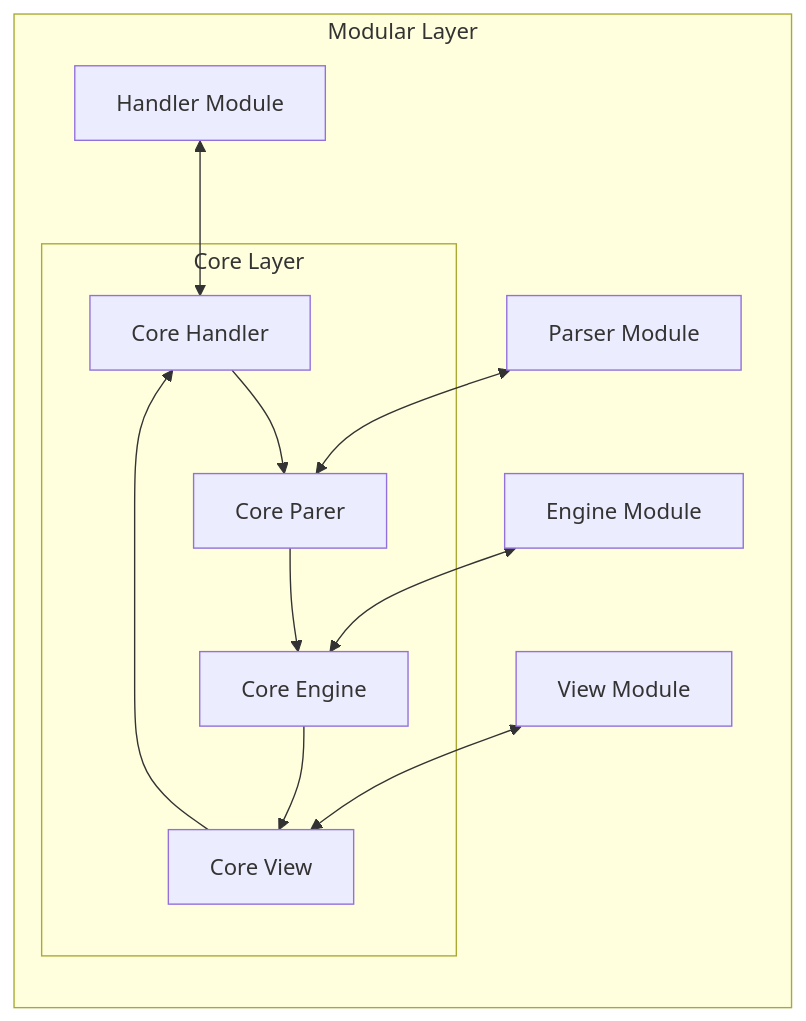
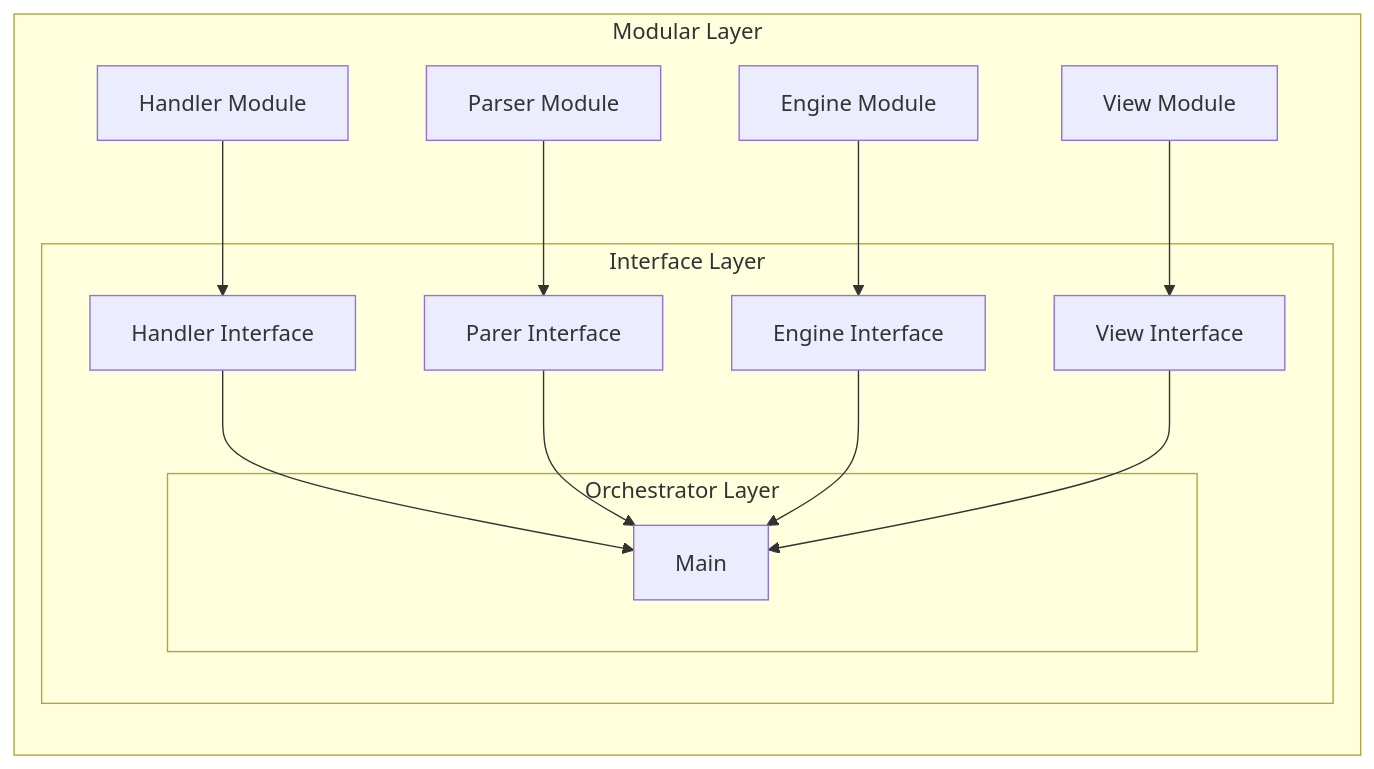
The second of 2 diagrams in README.md (Flu-iid/blankDB), drawn with Mermaid before and after one commit. The commit also changed other lines of this file and 3 other files, not shown here.

Commit message:
change architecture

````diff
--- a/README.md
+++ b/README.md
@@ -58,27 +60,30 @@
 ```mermaid
 graph LR
-    CH[Core Handler] --> CP
-    CP[Core Parer] --> CE
-    CE[Core Engine] --> CV
-    CV[Core View] --> CH
+    CH[Handler Interface] --> M
+    CP[Parer Interface] --> M
+    CE[Engine Interface] --> M
+    CV[View Interface] --> M
 
-    IH[Handler Module] <--> CH
-    IP[Parser Module] <--> CP
-    IE[Engine Module] <--> CE
-    IV[View Module] <--> CV
+    IH[Handler Module] --> CH
+    IP[Parser Module] --> CP
+    IE[Engine Module] --> CE
+    IV[View Module] --> CV
 
+    M[Main]
 
 subgraph ML[Modular Layer]
     IH
     IP
     IE
     IV
-    subgraph CL[Core Layer]
-    CH
-    CP
-    CE
-    CV
+    subgraph CL[Interface Layer]
+        CH
+        CP
+        CE
+        CV
+        subgraph OL[Orchestrator Layer]
+            M
 end
-
+end
 end
 ```
````
